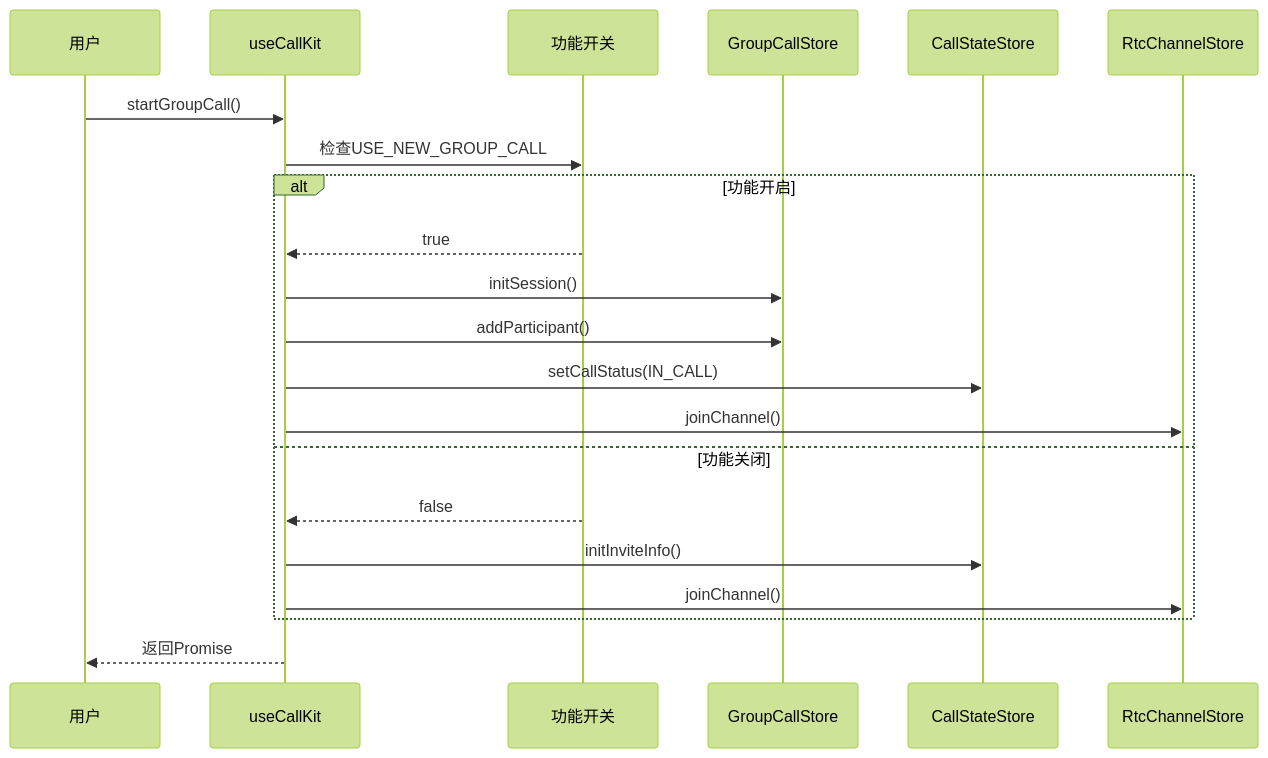
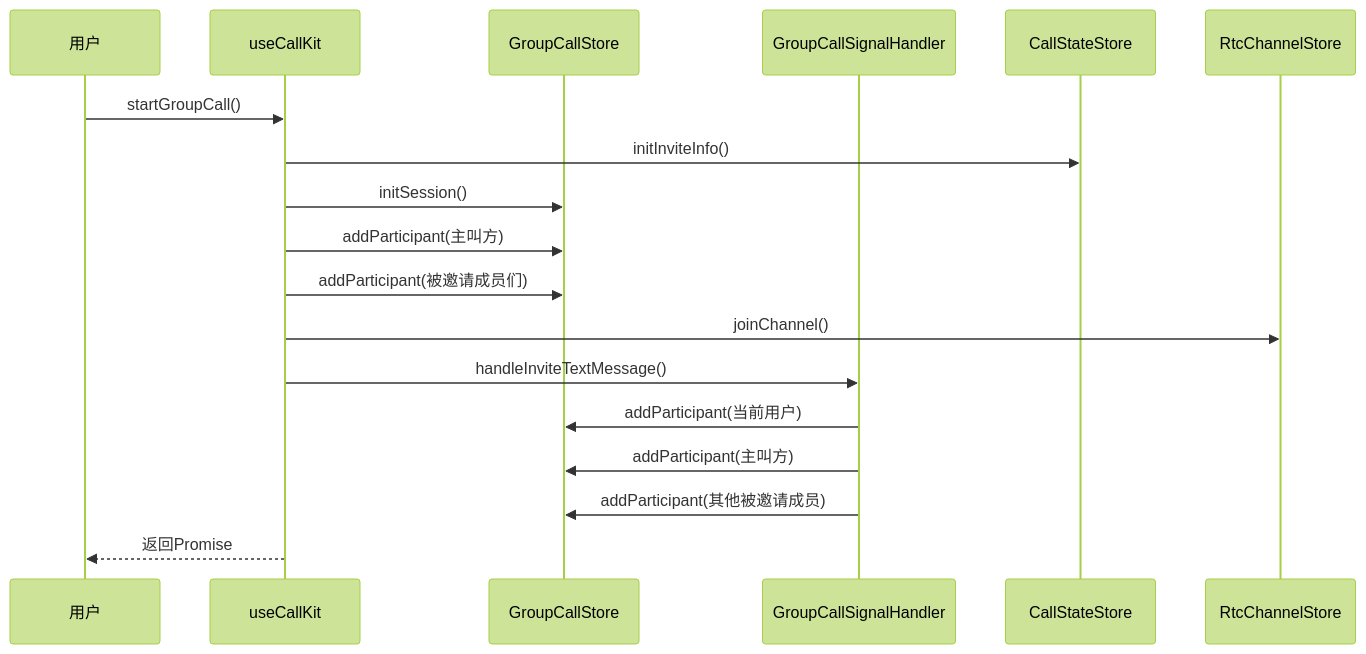
The fourth of 8 diagrams in .qoder/repowiki/zh/content/高级功能/功能开关系统.md (Easemob-Community/easemob-uikit-callkit-vue3), drawn with Mermaid (forest theme) before and after one commit. The commit also changed other lines of this file and 40 other files, not shown here.

````diff
--- a/.qoder/repowiki/zh/content/高级功能/功能开关系统.md
+++ b/.qoder/repowiki/zh/content/高级功能/功能开关系统.md
@@ -177,23 +219,20 @@
 ```mermaid
 sequenceDiagram
 participant User as 用户
 participant CK as useCallKit
-participant FF as 功能开关
 participant GCS as GroupCallStore
+participant GCH as GroupCallSignalHandler
 participant CS as CallStateStore
 participant RCS as RtcChannelStore
 User->>CK : startGroupCall()
-CK->>FF : 检查USE_NEW_GROUP_CALL
-alt 功能开启
-FF-->>CK : true
+CK->>CS : initInviteInfo()
 CK->>GCS : initSession()
-CK->>GCS : addParticipant()
-CK->>CS : setCallStatus(IN_CALL)
+CK->>GCS : addParticipant(主叫方)
+CK->>GCS : addParticipant(被邀请成员们)
 CK->>RCS : joinChannel()
-else 功能关闭
-FF-->>CK : false
-CK->>CS : initInviteInfo()
-CK->>RCS : joinChannel()
-end
+CK->>GCH : handleInviteTextMessage()
+GCH->>GCS : addParticipant(当前用户)
+GCH->>GCS : addParticipant(主叫方)
+GCH->>GCS : addParticipant(其他被邀请成员)
 CK-->>User : 返回Promise
 ```
````
